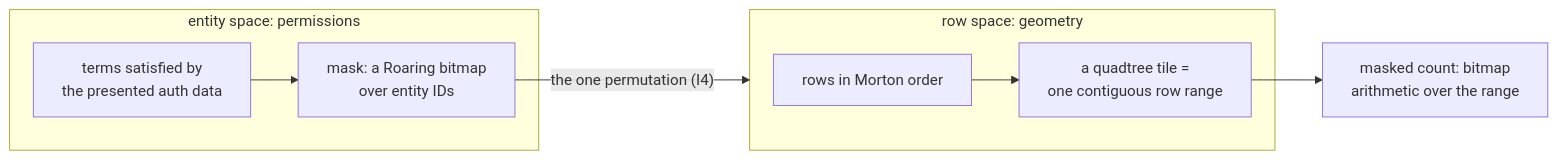
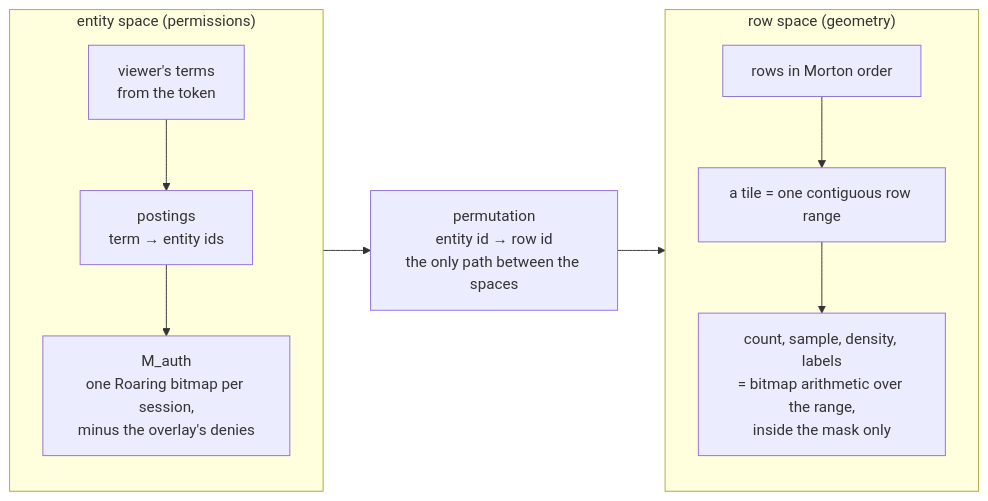
Before and after one commit to jennis0/tesseradb: the first of 4 diagrams in docs/system/overview.md, drawn with Mermaid. The commit also changed other lines of this file, not shown here.

Commit message:
docs(system): overview leads with the map at scale; control plane named as served; diagrams redrawn

````diff
--- a/docs/system/overview.md
+++ b/docs/system/overview.md
@@ -104,11 +104,22 @@
 ```mermaid
 flowchart LR
-  subgraph ES["entity space: permissions"]
-    T["terms satisfied by<br/>the presented auth data"] --> M["mask: a Roaring bitmap<br/>over entity IDs"]
+  subgraph entity["entity space (permissions)"]
+    direction TB
+    terms["viewer's terms<br/>from the token"]
+    postings["postings<br/>term → entity ids"]
+    mask["M_auth<br/>one Roaring bitmap per session,<br/>minus the overlay's denies"]
+    terms --> postings --> mask
   end
-  M -->|"the one permutation (I4)"| RS
-  subgraph RS["row space: geometry"]
-    P["rows in Morton order"] --> TI["a quadtree tile =<br/>one contiguous row range"]
+
+  perm["permutation<br/>entity id → row id<br/>the only path between the spaces"]
+
+  subgraph row["row space (geometry)"]
+    direction TB
+    rows["rows in Morton order"]
+    tile["a tile = one contiguous row range"]
+    count["count, sample, density, labels<br/>= bitmap arithmetic over the range,<br/>inside the mask only"]
+    rows --> tile --> count
   end
-  TI --> C["masked count: bitmap<br/>arithmetic over the range"]
+
+  mask --> perm --> count
 ```
````
